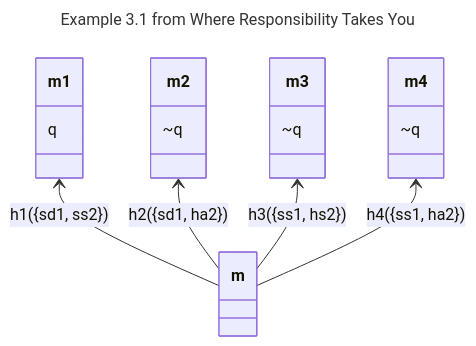
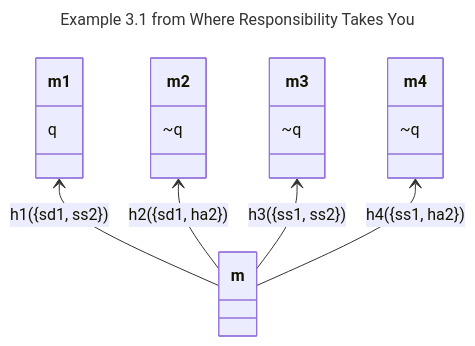
The second of 4 diagrams in docs/multistep.md (bparsia/alon-streamlit-app), drawn with Mermaid before and after one commit. The commit also changed other lines of this file and 44 other files, not shown here.

````diff
--- a/docs/multistep.md
+++ b/docs/multistep.md
@@ -36,29 +81,29 @@
 ```mermaid
 ---
 title: Example 3.1 from Where Responsibility Takes You
 description: This is a minimal specification of the corresponding model with all histories except h1 left implicit. Thus, the naming of the other histories might be different than in the book, but the results are the same. Of note is that since we do full responsibility analysis we get results for group {1,2} which has quite a bit of responsibility.
 type: DBT
 actions:
   1:
     - sd
     - ss
   2:
     - ss
     - ha
 opposings:
   sd1:
     - ha2
 ---
 classDiagram
 direction BT
   class m {
   }
   m --> m1 : h1({sd1, ss2})
   m --> m2 : h2({sd1, ha2})
-  m --> m3 : h3({ss1, hs2})
+  m --> m3 : h3({ss1, ss2})
   m --> m4 : h4({ss1, ha2})
   m1: q
   m2: ~q
   m3: ~q
   m4: ~q  
 ```
````
